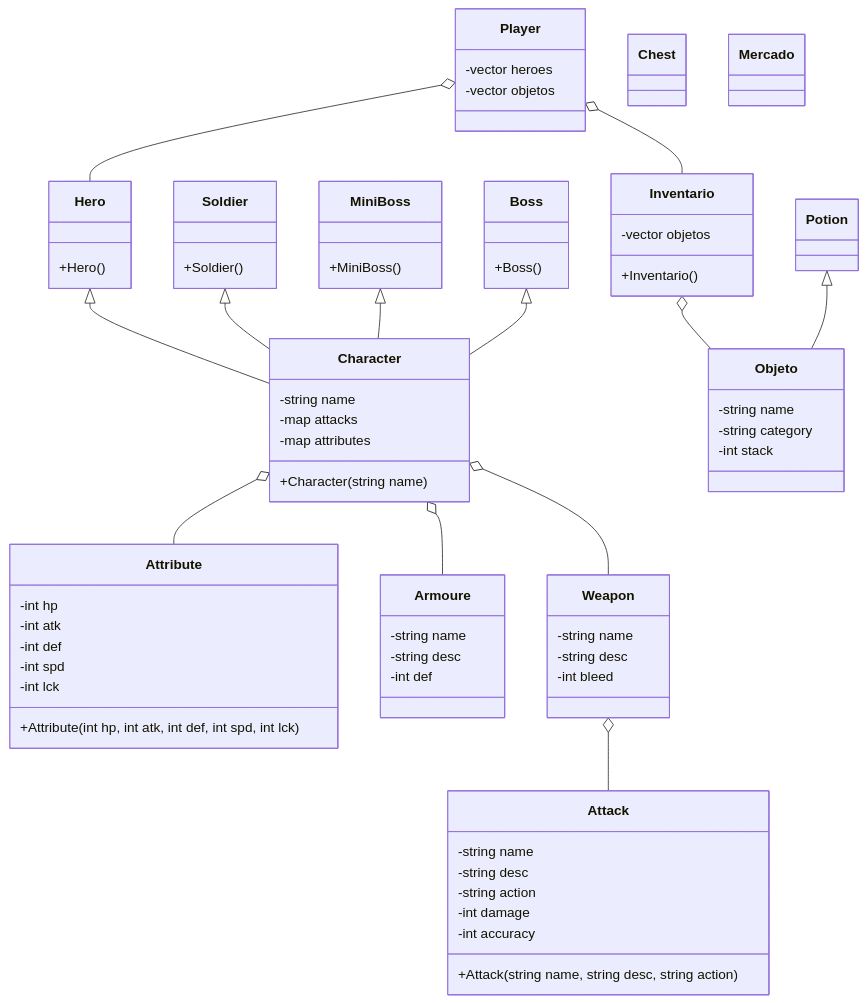
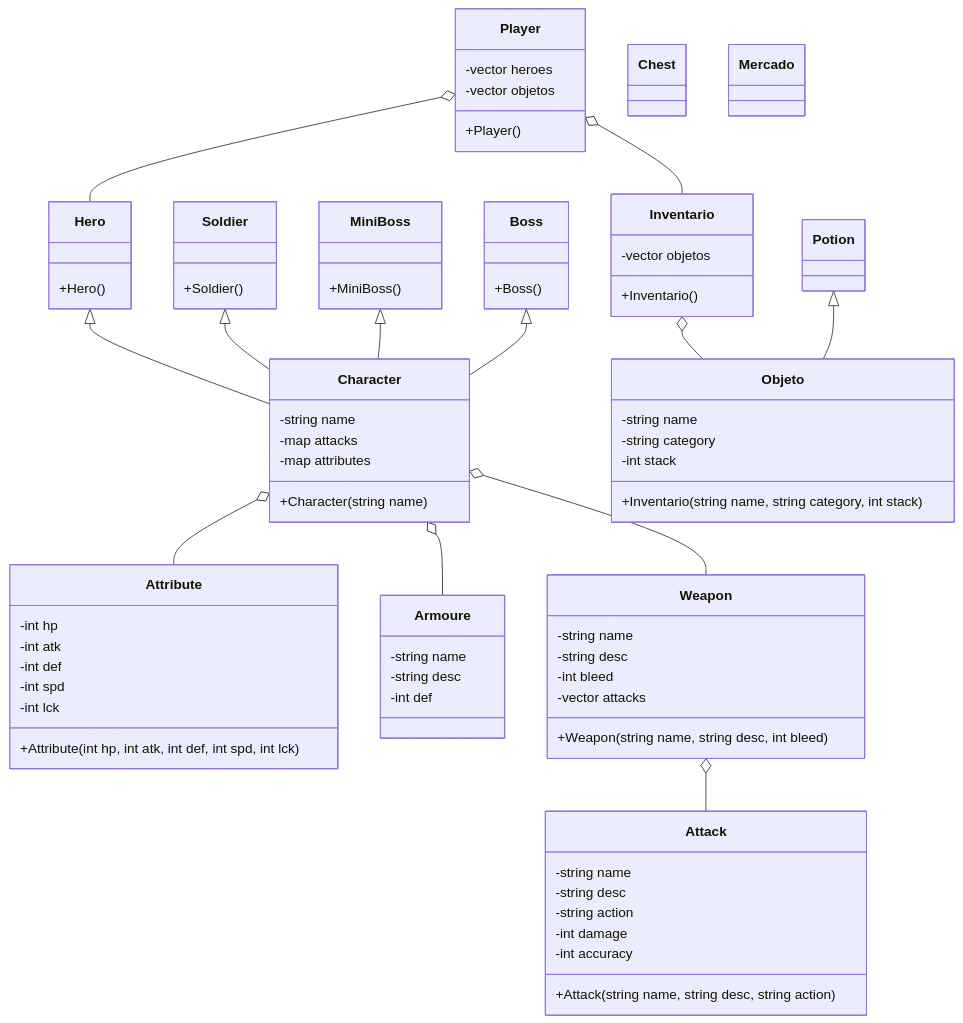
The diagram in Diagrama.md (AlejandroSnap/PROYECTO-POO), drawn with Mermaid before and after one commit.

```diff
--- a/Diagrama.md
+++ b/Diagrama.md
@@ -53,17 +53,21 @@
         -string name
         -string desc
         -int bleed
+        -vector<Attack> attacks
+        +Weapon(string name, string desc, int bleed)
     }
 
     class Player {
         -vector<Hero> heroes
         -vector<Objeto> objetos
+        +Player()
     }
 
     class Objeto {
         -string name
         -string category
         -int stack
+        +Inventario(string name, string category, int stack)
     }
 
     class Potion {
```
